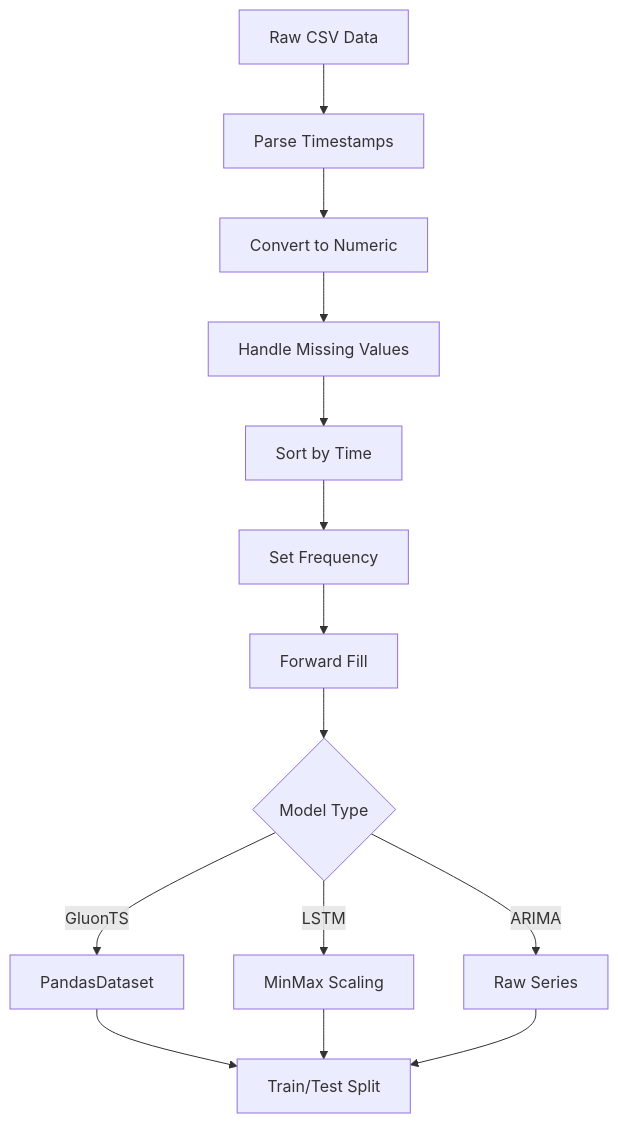
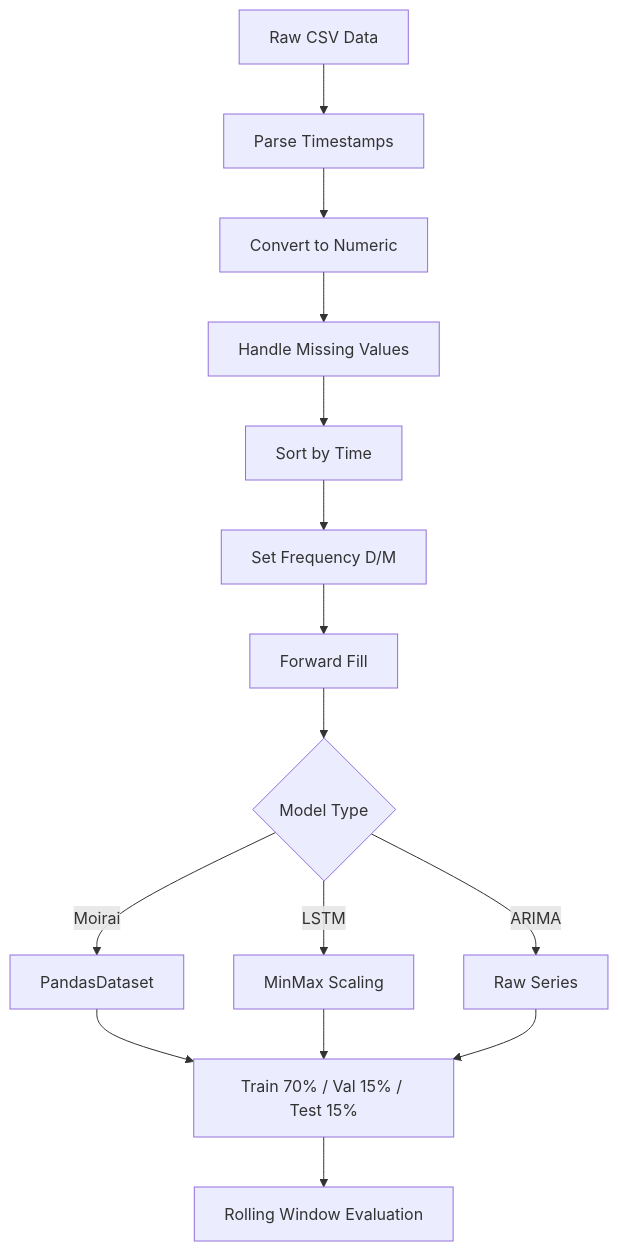
One commit to luckedenn/Moirai_forecasting changed the second of 2 diagrams in README.md. Above: the diagram before and after it, drawn with Mermaid. The commit also changed other lines of this file and 69 other files, not shown here.

````diff
--- a/README.md
+++ b/README.md
@@ -255,16 +278,17 @@
 ```mermaid
 graph TD
-    A[Raw CSV Data] --> B[Parse Timestamps]
-    B --> C[Convert to Numeric]
-    C --> D[Handle Missing Values]
-    D --> E[Sort by Time]
-    E --> F[Set Frequency]
-    F --> G[Forward Fill]
+    A["Raw CSV Data"] --> B["Parse Timestamps"]
+    B --> C["Convert to Numeric"]
+    C --> D["Handle Missing Values"]
+    D --> E["Sort by Time"]
+    E --> F["Set Frequency D/M"]
+    F --> G["Forward Fill"]
     G --> H{Model Type}
-    H -->|GluonTS| I[PandasDataset]
-    H -->|LSTM| J[MinMax Scaling]
-    H -->|ARIMA| K[Raw Series]
-    I --> L[Train/Test Split]
+    H -->|Moirai| I["PandasDataset"]
+    H -->|LSTM| J["MinMax Scaling"]
+    H -->|ARIMA| K["Raw Series"]
+    I --> L["Train 70% / Val 15% / Test 15%"]
     J --> L
     K --> L
+    L --> M["Rolling Window Evaluation"]
 ```
````
